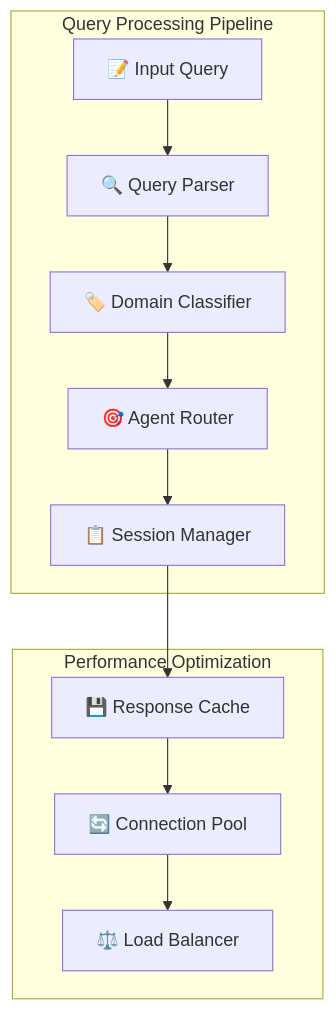
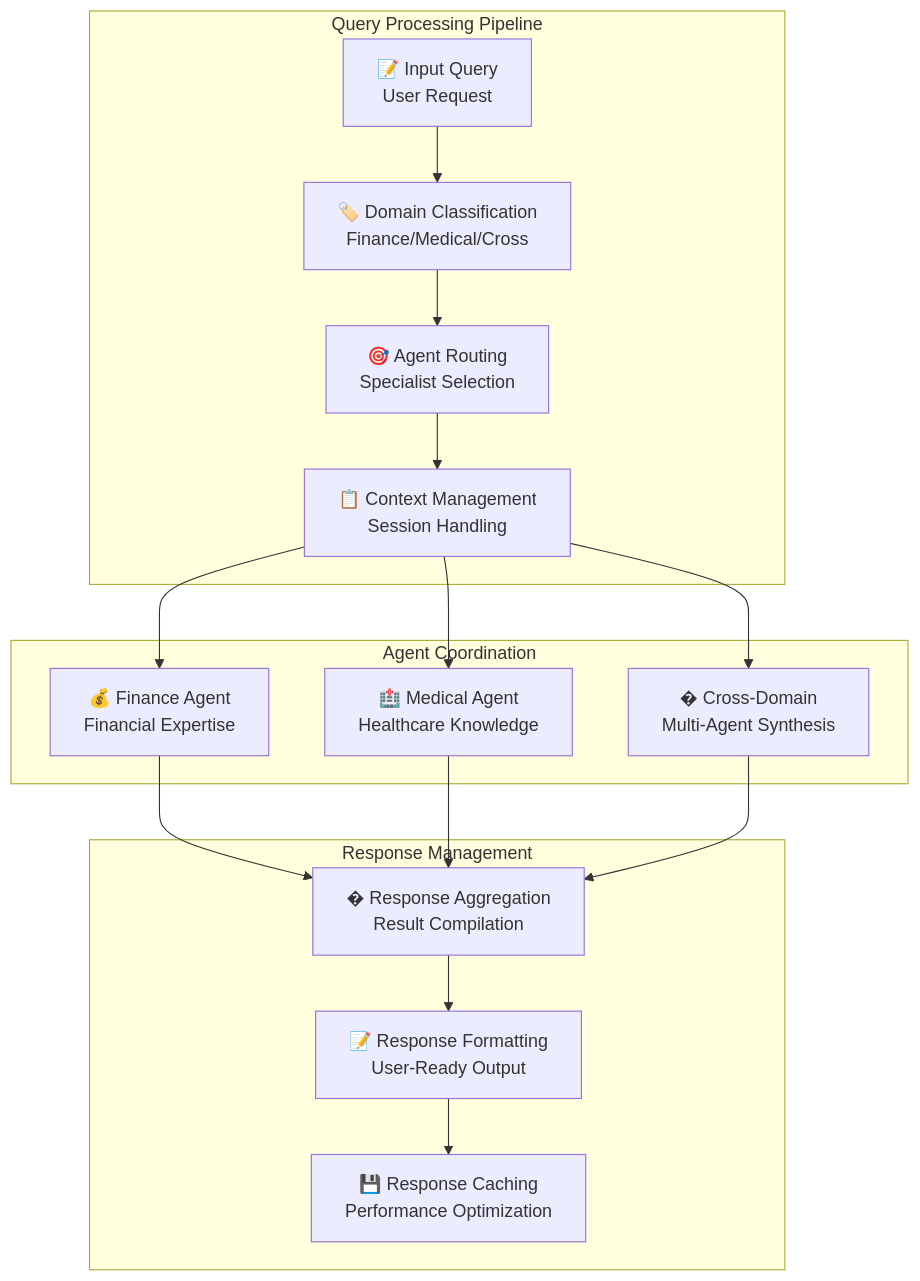
Before and after one commit to somesh-ghaturle/Fair-Agent: the fourth of 6 diagrams in README.md, drawn with Mermaid. The commit also changed other lines of this file, not shown here.

````diff
--- a/README.md
+++ b/README.md
@@ -306,25 +342,36 @@
 ```mermaid
 graph TB
     subgraph "Query Processing Pipeline"
-        INPUT[📝 Input Query]
-        PARSE[🔍 Query Parser]
-        CLASS[🏷️ Domain Classifier]
-        ROUTE[🎯 Agent Router]
-        MANAGE[📋 Session Manager]
+        INPUT[📝 Input Query<br/>User Request]
+        CLASSIFY[🏷️ Domain Classification<br/>Finance/Medical/Cross]
+        ROUTE[🎯 Agent Routing<br/>Specialist Selection]
+        CONTEXT[📋 Context Management<br/>Session Handling]
     end
     
-    subgraph "Performance Optimization"
-        CACHE[💾 Response Cache]
-        POOL[🔄 Connection Pool]
-        LOAD[⚖️ Load Balancer]
+    subgraph "Agent Coordination"
+        FINANCE[💰 Finance Agent<br/>Financial Expertise]
+        MEDICAL[🏥 Medical Agent<br/>Healthcare Knowledge]
+        CROSS[� Cross-Domain<br/>Multi-Agent Synthesis]
     end
     
-    INPUT --> PARSE
-    PARSE --> CLASS
-    CLASS --> ROUTE
-    ROUTE --> MANAGE
+    subgraph "Response Management"
+        AGGREGATE[� Response Aggregation<br/>Result Compilation]
+        FORMAT[📝 Response Formatting<br/>User-Ready Output]
+        CACHE[💾 Response Caching<br/>Performance Optimization]
+    end
     
-    MANAGE --> CACHE
-    CACHE --> POOL
-    POOL --> LOAD
+    INPUT --> CLASSIFY
+    CLASSIFY --> ROUTE
+    ROUTE --> CONTEXT
+    
+    CONTEXT --> FINANCE
+    CONTEXT --> MEDICAL
+    CONTEXT --> CROSS
+    
+    FINANCE --> AGGREGATE
+    MEDICAL --> AGGREGATE
+    CROSS --> AGGREGATE
+    
+    AGGREGATE --> FORMAT
+    FORMAT --> CACHE
 ```
````
